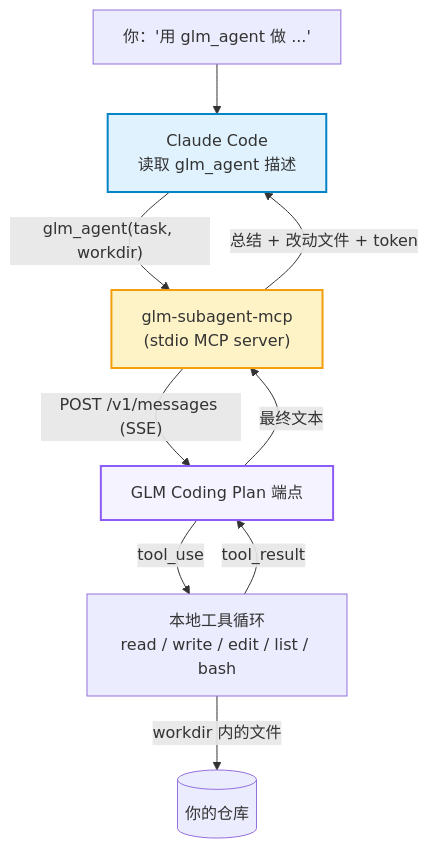
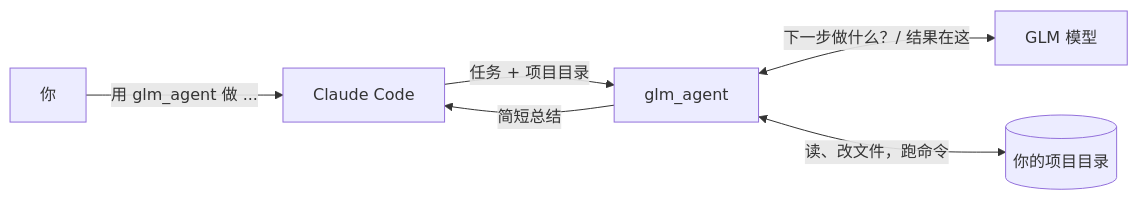
The diagram in README.zh-CN.md (HOWILLMAKEIT/glm-subagent-mcp), drawn with Mermaid before and after one commit. The commit also changed other lines of this file and 1 other file, not shown here.

````diff
--- a/README.zh-CN.md
+++ b/README.zh-CN.md
@@ -34,15 +75,8 @@
 ```mermaid
-flowchart TD
-    U["你：'用 glm_agent 做 ...'"] --> A["Claude Code<br/>读取 glm_agent 描述"]
-    A -->|"glm_agent(task, workdir)"| B["glm-subagent-mcp<br/>(stdio MCP server)"]
-    B -->|"POST /v1/messages (SSE)"| C["GLM Coding Plan 端点"]
-    C -->|"tool_use"| D["本地工具循环<br/>read / write / edit / list / bash"]
-    D -->|"tool_result"| C
-    D -->|"workdir 内的文件"| E[("你的仓库")]
-    C -->|"最终文本"| B
-    B -->|"总结 + 改动文件 + token"| A
-
-    style A fill:#e0f2fe,stroke:#0284c7,stroke-width:2px
-    style B fill:#fef3c7,stroke:#f59e0b,stroke-width:2px
-    style C fill:#f5f3ff,stroke:#8b5cf6,stroke-width:2px
+flowchart LR
+    A["你"] -->|"用 glm_agent 做 ..."| B["Claude Code"]
+    B -->|"任务 + 项目目录"| C["glm_agent"]
+    C <-->|"下一步做什么？/ 结果在这"| D["GLM 模型"]
+    C <-->|"读、改文件，跑命令"| E[("你的项目目录")]
+    C -->|"简短总结"| B
 ```
````
